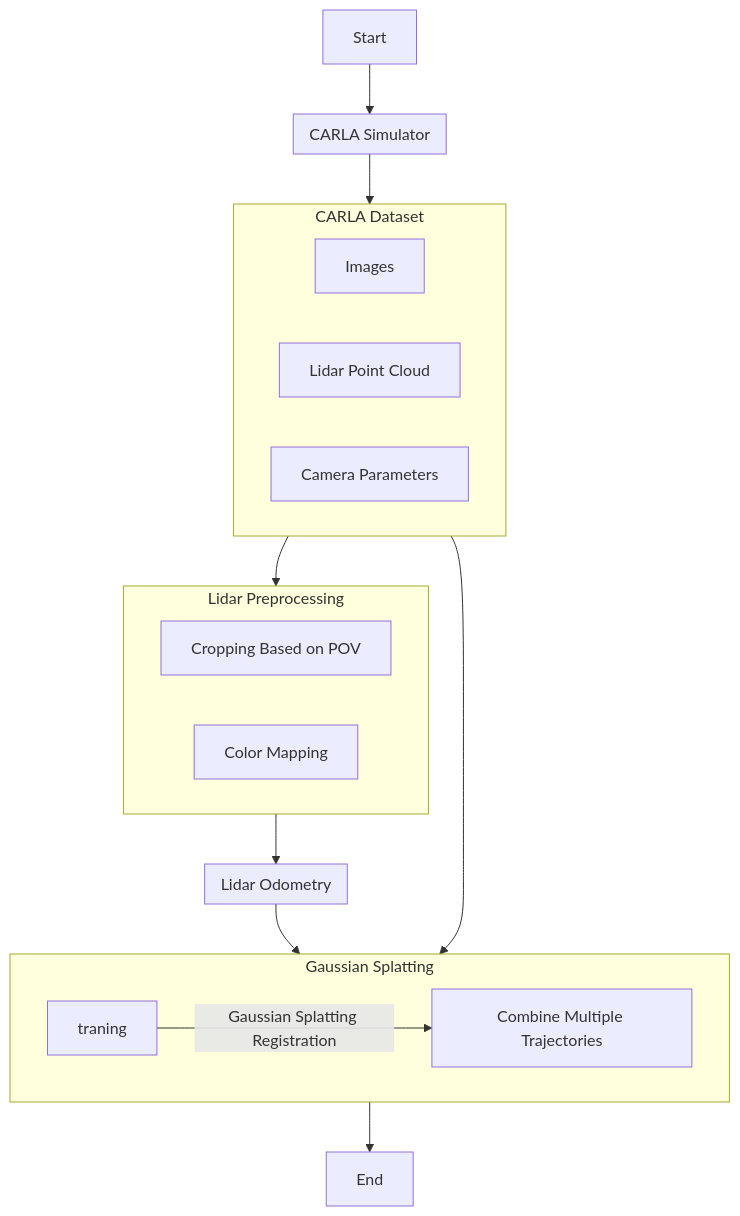
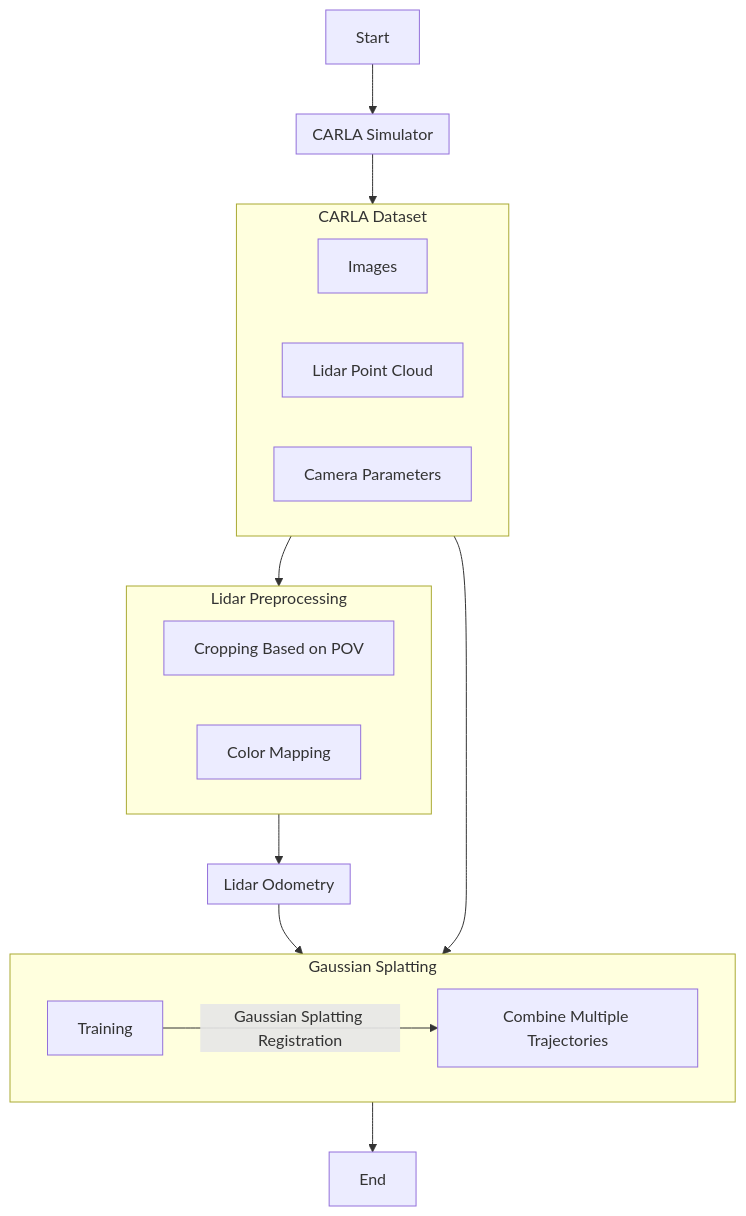
Before and after one commit to zhumorui/CARLA2NMR: the diagram in README.md, drawn with Mermaid.

````diff
--- a/README.md
+++ b/README.md
@@ -42,34 +42,34 @@
 ```mermaid
 graph TD
     A[Start] --> B
     B --> C
     C --> D
     D --> E
     E & C --> G
     G1 --> |Gaussian Splatting Registration|G2
     G --> J[End]
 
     subgraph B[CARLA Simulator]
     end
 
     subgraph C[CARLA Dataset]
       C1[Images]
       C2[Lidar Point Cloud]
       C3[Camera Parameters]
     end
 
     subgraph D[Lidar Preprocessing]
       D1[Cropping Based on POV]
       D2[Color Mapping]
     end
 
     subgraph E[Lidar Odometry]
       
     end
 
     subgraph G[Gaussian Splatting]
-      G1[traning]
+      G1[Training]
       G2[Combine Multiple Trajectories]
     end
     
 ```
````
